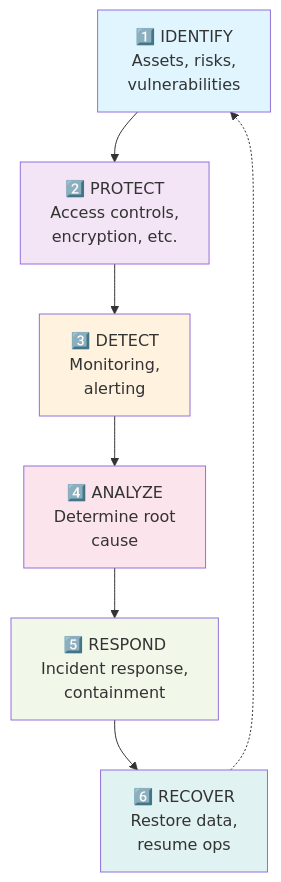
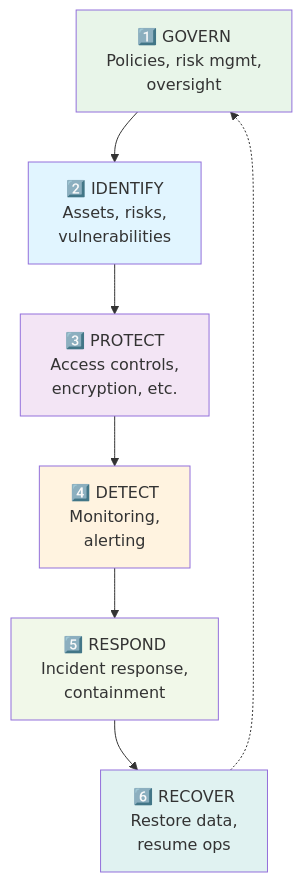
Before and after one commit to wahidyankf/open-sharia-enterprise: the first of 2 diagrams in docs/explanation/information-security/ex-in-se__infosec.md, drawn with Mermaid. The commit also changed other lines of this file and 1 other file, not shown here.

````diff
--- a/docs/explanation/information-security/ex-in-se__infosec.md
+++ b/docs/explanation/information-security/ex-in-se__infosec.md
@@ -140,16 +140,16 @@
 ```mermaid
 graph TD
-    A["1️⃣ IDENTIFY<br/>Assets, risks,<br/>vulnerabilities"] --> B["2️⃣ PROTECT<br/>Access controls,<br/>encryption, etc."]
-    B --> C["3️⃣ DETECT<br/>Monitoring,<br/>alerting"]
-    C --> D["4️⃣ ANALYZE<br/>Determine root<br/>cause"]
+    A["1️⃣ GOVERN<br/>Policies, risk mgmt,<br/>oversight"] --> B["2️⃣ IDENTIFY<br/>Assets, risks,<br/>vulnerabilities"]
+    B --> C["3️⃣ PROTECT<br/>Access controls,<br/>encryption, etc."]
+    C --> D["4️⃣ DETECT<br/>Monitoring,<br/>alerting"]
     D --> E["5️⃣ RESPOND<br/>Incident response,<br/>containment"]
     E --> F["6️⃣ RECOVER<br/>Restore data,<br/>resume ops"]
     F -.-> A
 
-    style A fill:#e1f5ff
-    style B fill:#f3e5f5
-    style C fill:#fff3e0
-    style D fill:#fce4ec
+    style A fill:#e8f5e9
+    style B fill:#e1f5ff
+    style C fill:#f3e5f5
+    style D fill:#fff3e0
     style E fill:#f1f8e9
     style F fill:#e0f2f1
 ```
````
